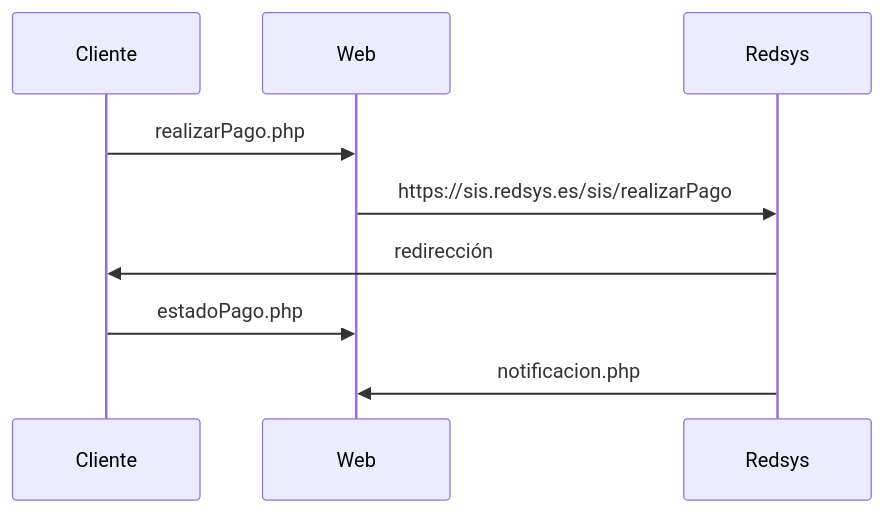
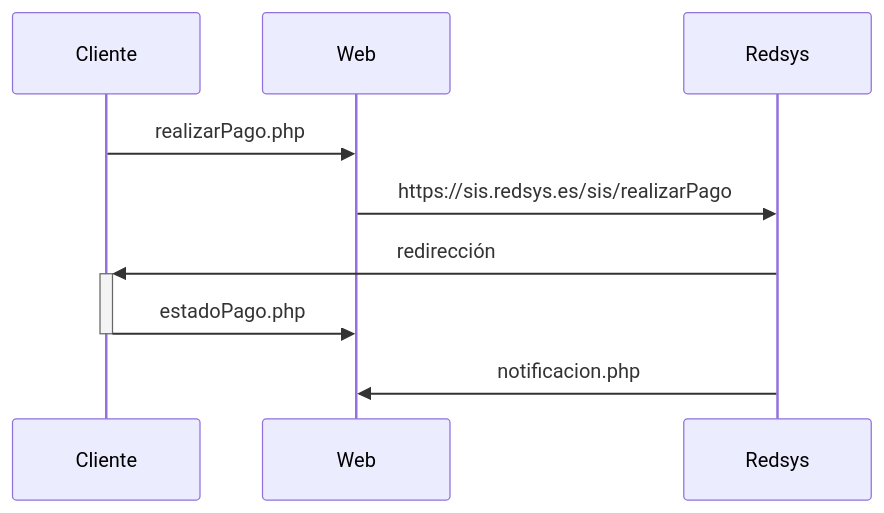
Before and after one commit to jpbarbatic/php-avanzado: the diagram in redsys/README.md, drawn with Mermaid.

Commit message:
Diagrama

````diff
--- a/redsys/README.md
+++ b/redsys/README.md
@@ -20,8 +20,8 @@
 ```mermaid
 sequenceDiagram
     Cliente->>Web: realizarPago.php
     Web->>Redsys: https://sis.redsys.es/sis/realizarPago
-    Redsys->>Cliente: redirección
-    Cliente->>Web: estadoPago.php
+    Redsys->>+Cliente: redirección
+    Cliente->>-Web: estadoPago.php
     Redsys->>Web:notificacion.php
 ```
````
